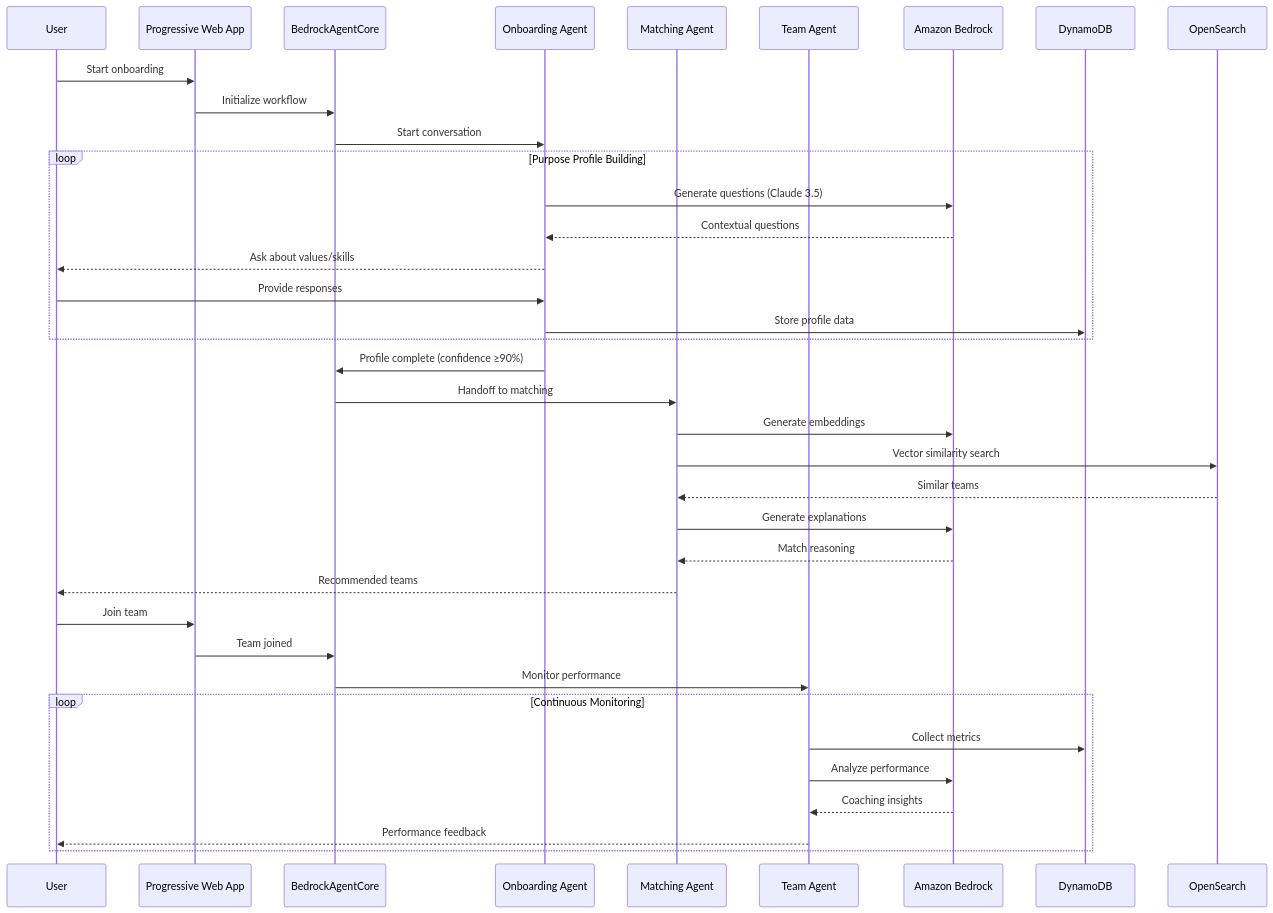
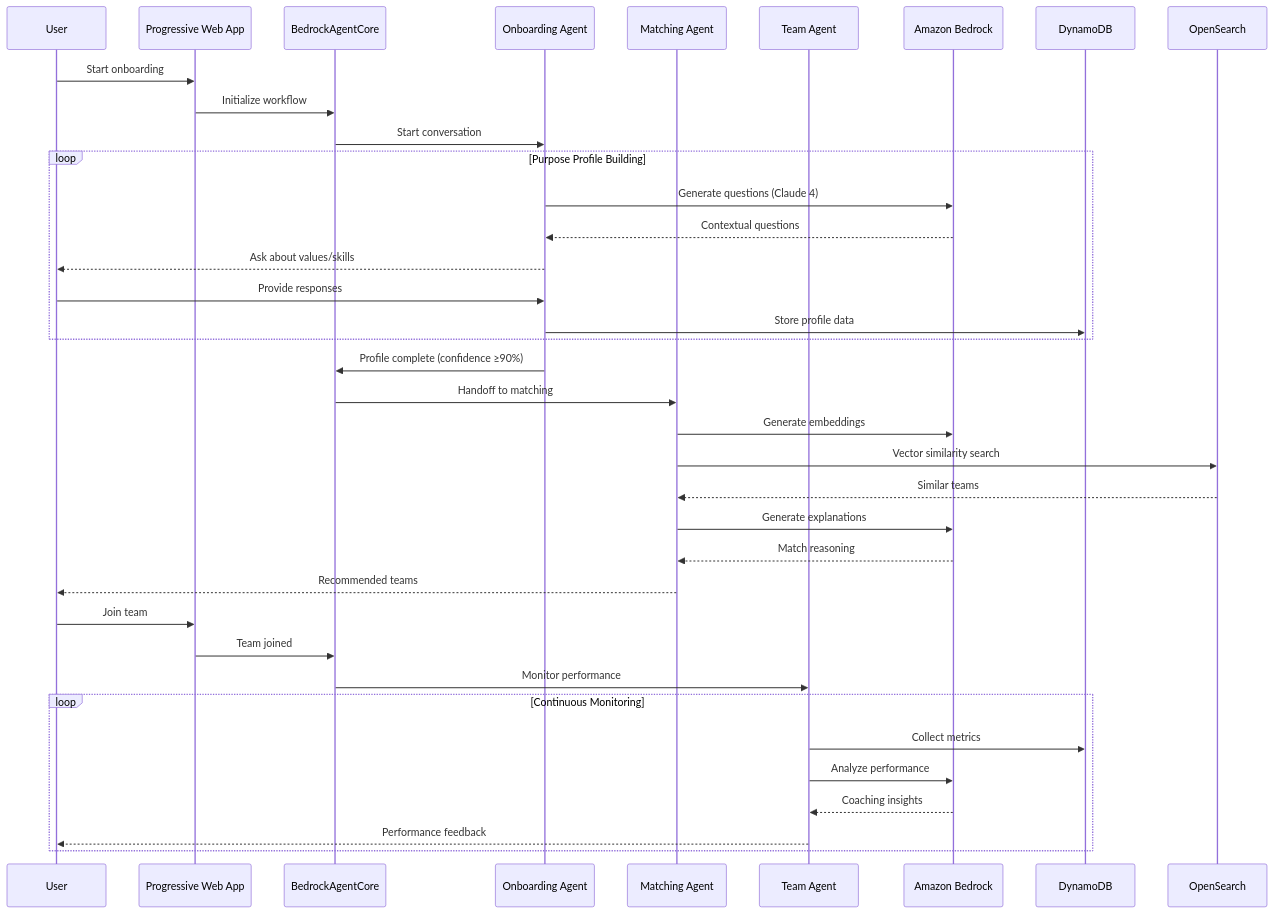
Before and after one commit to Jobeer1/Find-your-Team: the second of 3 diagrams in README.md, drawn with Mermaid. The commit also changed other lines of this file, not shown here.

Commit message:
Update references from Claude 3.5 to Claude 4

````diff
--- a/README.md
+++ b/README.md
@@ -174,44 +174,44 @@
 ```mermaid
 sequenceDiagram
     participant User
     participant PWA as Progressive Web App
     participant Core as BedrockAgentCore
     participant OA as Onboarding Agent
     participant MA as Matching Agent
     participant TA as Team Agent
     participant Bedrock as Amazon Bedrock
     participant DB as DynamoDB
     
     User->>PWA: Start onboarding
     PWA->>Core: Initialize workflow
     Core->>OA: Start conversation
     
     loop Purpose Profile Building
-        OA->>Bedrock: Generate questions (Claude 3.5)
+        OA->>Bedrock: Generate questions (Claude 4)
         Bedrock-->>OA: Contextual questions
         OA-->>User: Ask about values/skills
         User->>OA: Provide responses
         OA->>DB: Store profile data
     end
     
     OA->>Core: Profile complete (confidence ≥90%)
     Core->>MA: Handoff to matching
     
     MA->>Bedrock: Generate embeddings
     MA->>OpenSearch: Vector similarity search
     OpenSearch-->>MA: Similar teams
     MA->>Bedrock: Generate explanations
     Bedrock-->>MA: Match reasoning
     MA-->>User: Recommended teams
     
     User->>PWA: Join team
     PWA->>Core: Team joined
     Core->>TA: Monitor performance
     
     loop Continuous Monitoring
         TA->>DB: Collect metrics
         TA->>Bedrock: Analyze performance
         Bedrock-->>TA: Coaching insights
         TA-->>User: Performance feedback
     end
 ```
````
